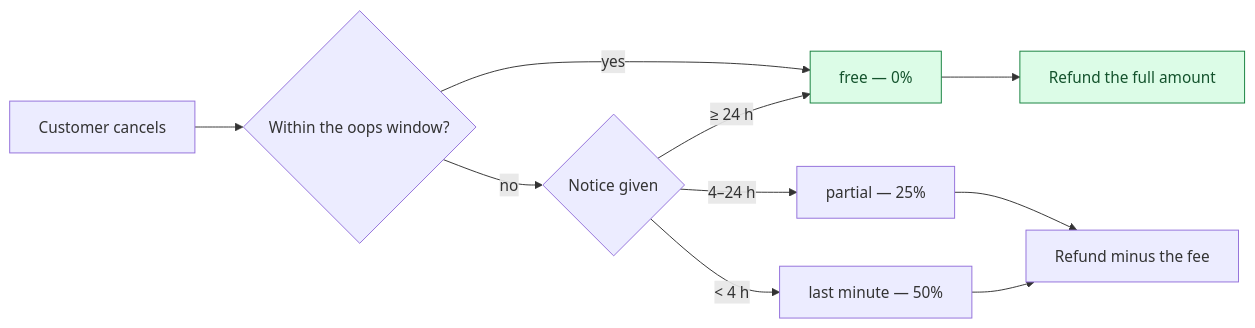
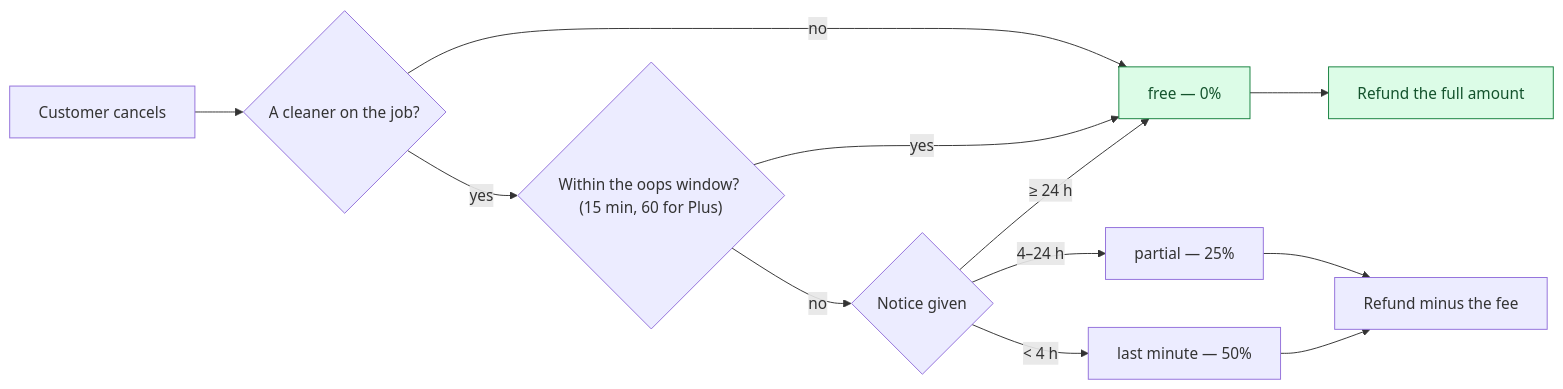
One commit to VM-s-Solutions/cleansia changed the diagram in docs/flows/cancellation-refund-dispute.md. Above: the diagram before and after it, drawn with Mermaid. The commit also changed other lines of this file and 24 other files, not shown here.

````diff
--- a/docs/flows/cancellation-refund-dispute.md
+++ b/docs/flows/cancellation-refund-dispute.md
@@ -7,15 +7,17 @@
 ```mermaid
 flowchart LR
-  A[Customer cancels] --> B{Within the oops window?}
-  B -- yes --> F["free — 0%"]
+  A[Customer cancels] --> N{A cleaner on the job?}
+  N -- no --> F["free — 0%"]
+  N -- yes --> B{"Within the oops window? (15 min, 60 for Plus)"}
+  B -- yes --> F
   B -- no --> C{Notice given}
   C -- "≥ 24 h" --> F
   C -- "4–24 h" --> P["partial — 25%"]
   C -- "< 4 h" --> L["last minute — 50%"]
   F --> R[Refund the full amount]
   P --> R2[Refund minus the fee]
   L --> R2
 
   classDef free fill:#dcfce7,stroke:#15803d,color:#14532d
   class F,R free
 ```
````
